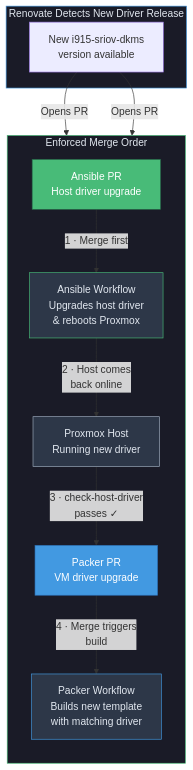
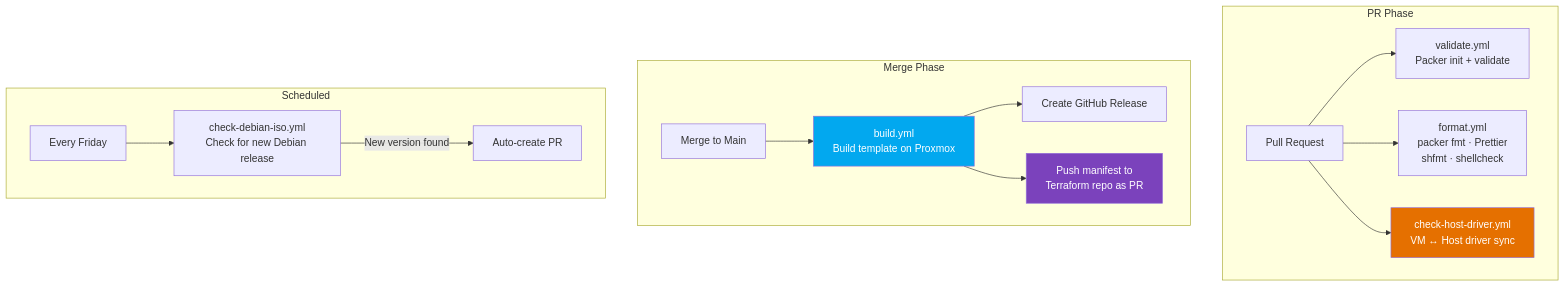
One commit to Starktastic-Homelab/packer changed the second of 3 diagrams in README.md. Above: the diagram before and after it, drawn with Mermaid. The commit also changed other lines of this file, not shown here.

Commit message:
docs: rewrite README with diagrams and pipeline documentation

````diff
--- a/README.md
+++ b/README.md
@@ -203,25 +139,23 @@
 ```mermaid
-flowchart TB
-    subgraph renovate["Renovate Detects New Driver Release"]
-        R["New i915-sriov-dkms\nversion available"]
+flowchart TD
+    subgraph "PR Phase"
+        PR[Pull Request] --> V[validate.yml\nPacker init + validate]
+        PR --> F[format.yml\npacker fmt · Prettier\nshfmt · shellcheck]
+        PR --> DRV[check-host-driver.yml\nVM ↔ Host driver sync]
     end
 
-    R -- "Opens PR" --> AnsiblePR["Ansible PR\nHost driver upgrade"]
-    R -- "Opens PR" --> PackerPR["Packer PR\nVM driver upgrade"]
-
-    subgraph merge["Enforced Merge Order"]
-        direction TB
-        AnsiblePR -- "1 · Merge first" --> AnsibleCI["Ansible Workflow\nUpgrades host driver\n& reboots Proxmox"]
-        AnsibleCI -- "2 · Host comes\nback online" --> HostReady["Proxmox Host\nRunning new driver"]
-        HostReady -- "3 · check-host-driver\npasses ✓" --> PackerPR
-        PackerPR -- "4 · Merge triggers\nbuild" --> PackerCI["Packer Workflow\nBuilds new template\nwith matching driver"]
+    subgraph "Merge Phase"
+        M[Merge to Main] --> B[build.yml\nBuild template on Proxmox]
+        B --> REL[Create GitHub Release]
+        B --> TF[Push manifest to\nTerraform repo as PR]
     end
 
-    style renovate fill:#1a1b27,stroke:#4299e1,color:#e2e8f0
-    style merge fill:#1a1b27,stroke:#48bb78,color:#e2e8f0
-    style AnsiblePR fill:#48bb78,stroke:#276749,color:#fff
-    style PackerPR fill:#4299e1,stroke:#2b6cb0,color:#fff
-    style HostReady fill:#2d3748,stroke:#a0aec0,color:#e2e8f0
-    style AnsibleCI fill:#2d3748,stroke:#48bb78,color:#e2e8f0
-    style PackerCI fill:#2d3748,stroke:#4299e1,color:#e2e8f0
+    subgraph "Scheduled"
+        CRON[Every Friday] --> ISO[check-debian-iso.yml\nCheck for new Debian release]
+        ISO -->|New version found| PR2[Auto-create PR]
+    end
+
+    style B fill:#02A8EF,color:#fff
+    style TF fill:#7B42BC,color:#fff
+    style DRV fill:#E57000,color:#fff
 ```
````
